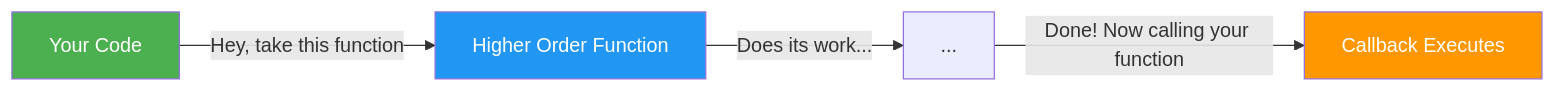
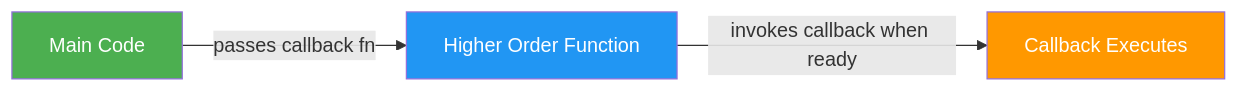
One commit to Kshitijgul/Notes changed the tenth of 30 diagrams in Javascript/Chapter5_Functions.md. Above: the diagram before and after it, drawn with Mermaid. The commit also changed other lines of this file and 1 other file, not shown here.

````diff
--- a/Javascript/Chapter5_Functions.md
+++ b/Javascript/Chapter5_Functions.md
@@ -2175,10 +971,9 @@
 ```mermaid
 flowchart LR
-    A["Your Code"] -->|"Hey, take this function"| B["Higher Order Function"]
-    B -->|"Does its work..."| C["..."]
-    C -->|"Done! Now calling your function"| D["Callback Executes"]
-    
+    A["Main Code"] -->|"passes callback fn"| B["Higher Order Function"]
+    B -->|"invokes callback when ready"| C["Callback Executes"]
+
     style A fill:#4CAF50,color:white
     style B fill:#2196F3,color:white
-    style D fill:#FF9800,color:white
+    style C fill:#FF9800,color:white
 ```
````
